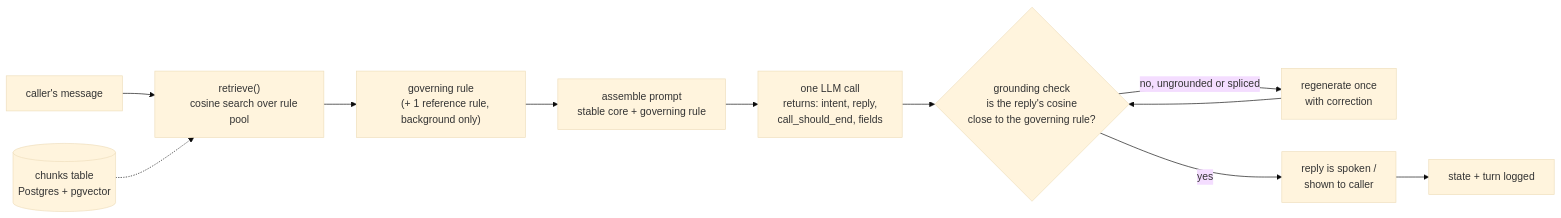
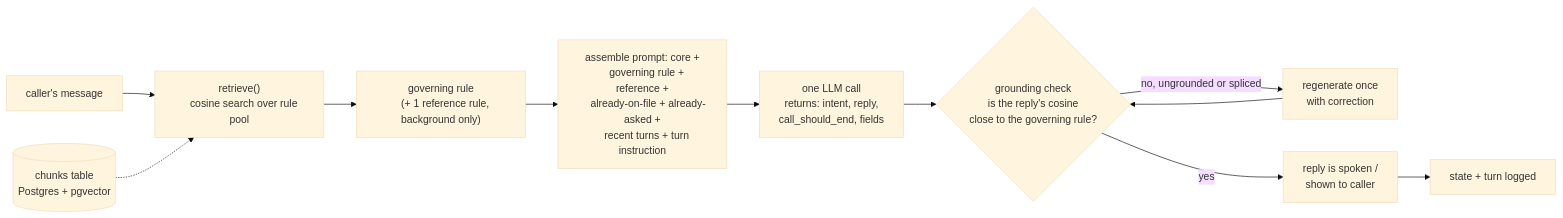
The first of 3 diagrams in docs/ARCHITECTURE_SIMPLE.md (shahbhavya7/Prompt_Factory), drawn with Mermaid (base theme) before and after one commit. The commit also changed other lines of this file and 9 other files, not shown here.

First line of the commit message:
Enhance voice agent architecture and performance

````diff
--- a/docs/ARCHITECTURE_SIMPLE.md
+++ b/docs/ARCHITECTURE_SIMPLE.md
@@ -9,24 +15,26 @@
 ```mermaid
 flowchart LR
     A["caller's message"] --> B["retrieve()
     cosine search over rule pool"]
     B --> C["governing rule
     (+ 1 reference rule, background only)"]
-    C --> D["assemble prompt
-    stable core + governing rule"]
+    C --> D["assemble prompt: core +
+    governing rule + reference +
+    already-on-file + already-asked +
+    recent turns + turn instruction"]
     D --> E["one LLM call
     returns: intent, reply,
     call_should_end, fields"]
     E --> F{"grounding check
     is the reply's cosine
     close to the governing rule?"}
     F -- "no, ungrounded or spliced" --> G["regenerate once
     with correction"]
     G --> F
     F -- "yes" --> H["reply is spoken /
     shown to caller"]
     H --> I["state + turn logged"]
 
     DB[("chunks table
     Postgres + pgvector")] -.-> B
 ```
````
